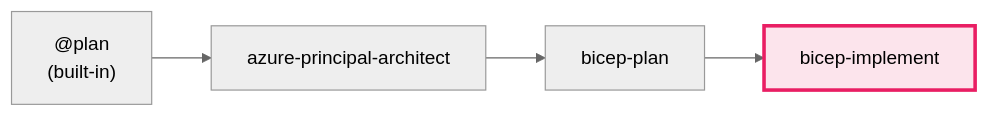
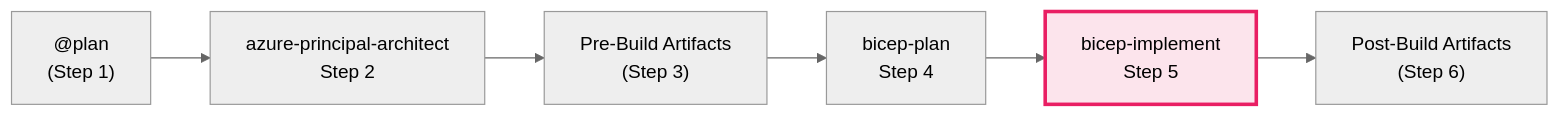
The diagram in .github/agents/bicep-implement.agent.md (genaisrini/azure-agentic-infraops), drawn with Mermaid before and after one commit. The commit also changed other lines of this file and 62 other files, not shown here.

First line of the commit message:
feat: implement 6-step agentic workflow reorganization

````diff
--- a/.github/agents/bicep-implement.agent.md
+++ b/.github/agents/bicep-implement.agent.md
@@ -589,8 +594,10 @@
 ```mermaid
 %%{init: {'theme':'neutral'}}%%
 graph LR
-    P["@plan<br/>(built-in)"] --> A[azure-principal-architect]
-    A --> B[bicep-plan]
-    B --> I[bicep-implement]
+    P["@plan<br/>(Step 1)"] --> A[azure-principal-architect<br/>Step 2]
+    A --> D["Pre-Build Artifacts<br/>(Step 3)"]
+    D --> B[bicep-plan<br/>Step 4]
+    B --> I[bicep-implement<br/>Step 5]
+    I --> F["Post-Build Artifacts<br/>(Step 6)"]
     style I fill:#fce4ec,stroke:#e91e63,stroke-width:3px
 ```
````
